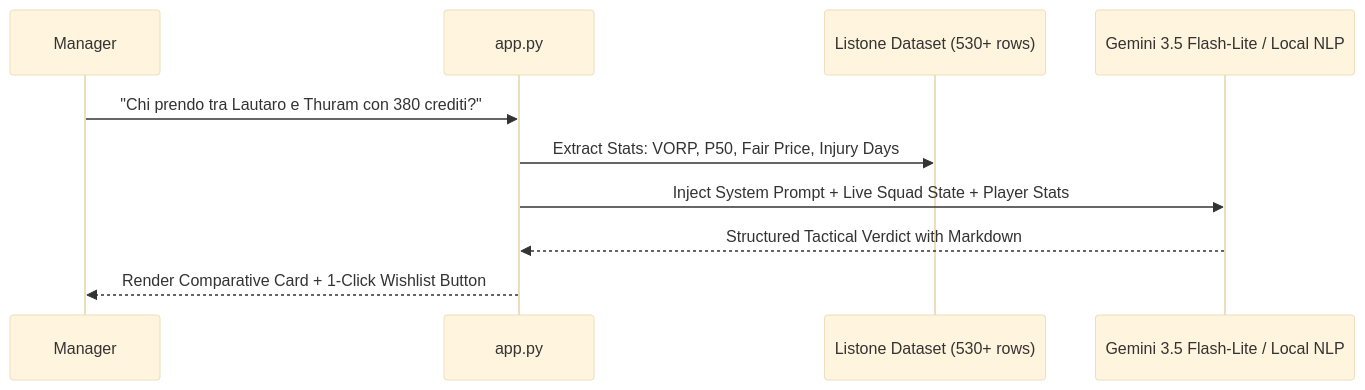
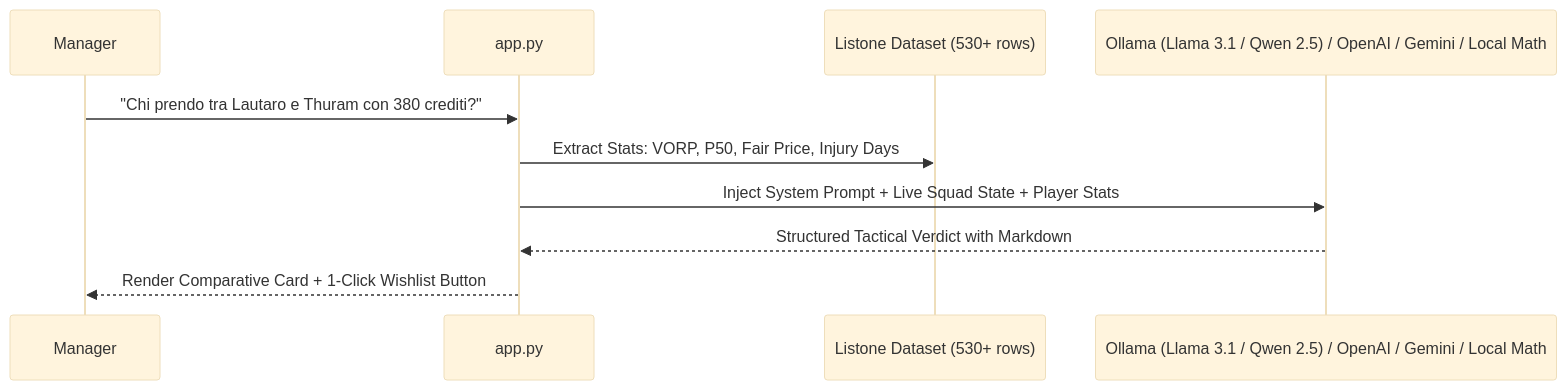
The third of 3 diagrams in docs/LIVE_COMMAND_CENTER.md (spectrelabo/fanta-lab), drawn with Mermaid (base theme) before and after one commit. The commit also changed other lines of this file and 6 other files, not shown here.

Commit message:
feat: make LLM engine model-agnostic (Ollama/OpenAI/Gemini/local) and embed UI screenshots in docs

````diff
--- a/docs/LIVE_COMMAND_CENTER.md
+++ b/docs/LIVE_COMMAND_CENTER.md
@@ -84,13 +84,13 @@
 ```mermaid
 sequenceDiagram
     participant User as Manager
     participant App as app.py
     participant DB as Listone Dataset (530+ rows)
-    participant LLM as Gemini 3.5 Flash-Lite / Local NLP
+    participant LLM as Ollama (Llama 3.1 / Qwen 2.5) / OpenAI / Gemini / Local Math
 
     User->>App: "Chi prendo tra Lautaro e Thuram con 380 crediti?"
     App->>DB: Extract Stats: VORP, P50, Fair Price, Injury Days
     App->>LLM: Inject System Prompt + Live Squad State + Player Stats
     LLM-->>App: Structured Tactical Verdict with Markdown
     App-->>User: Render Comparative Card + 1-Click Wishlist Button
 ```
````
